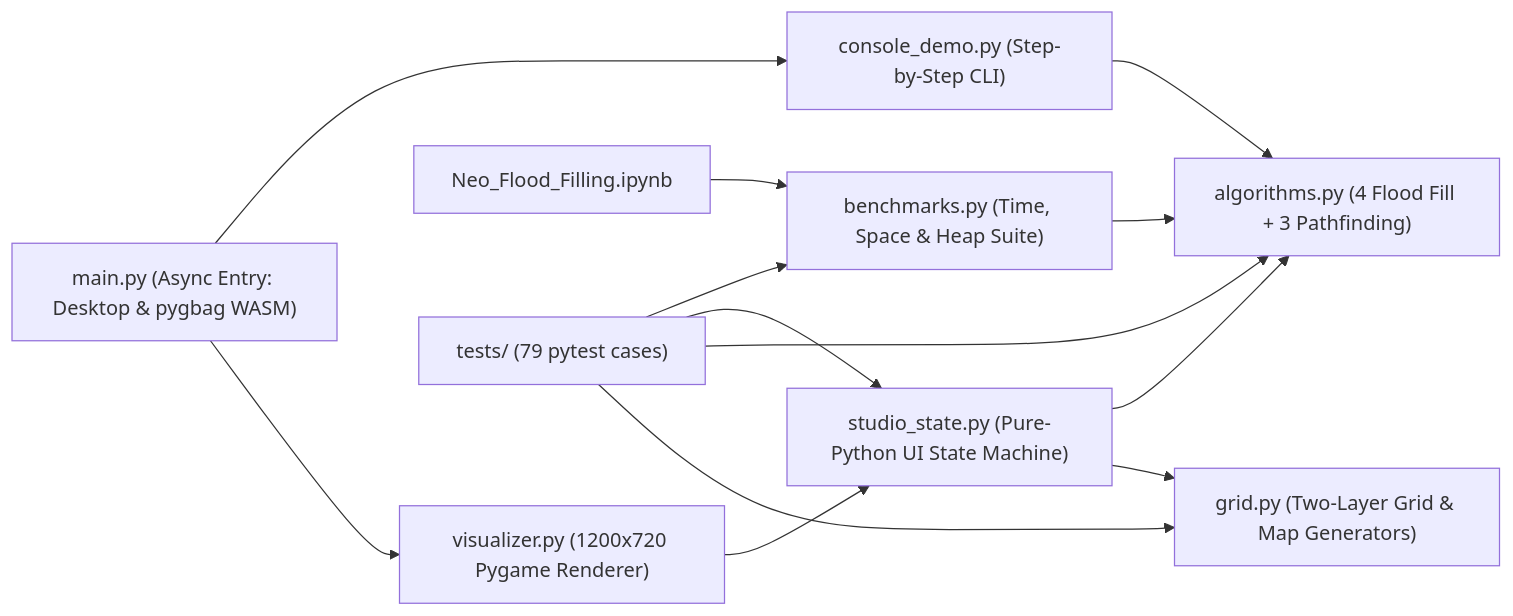
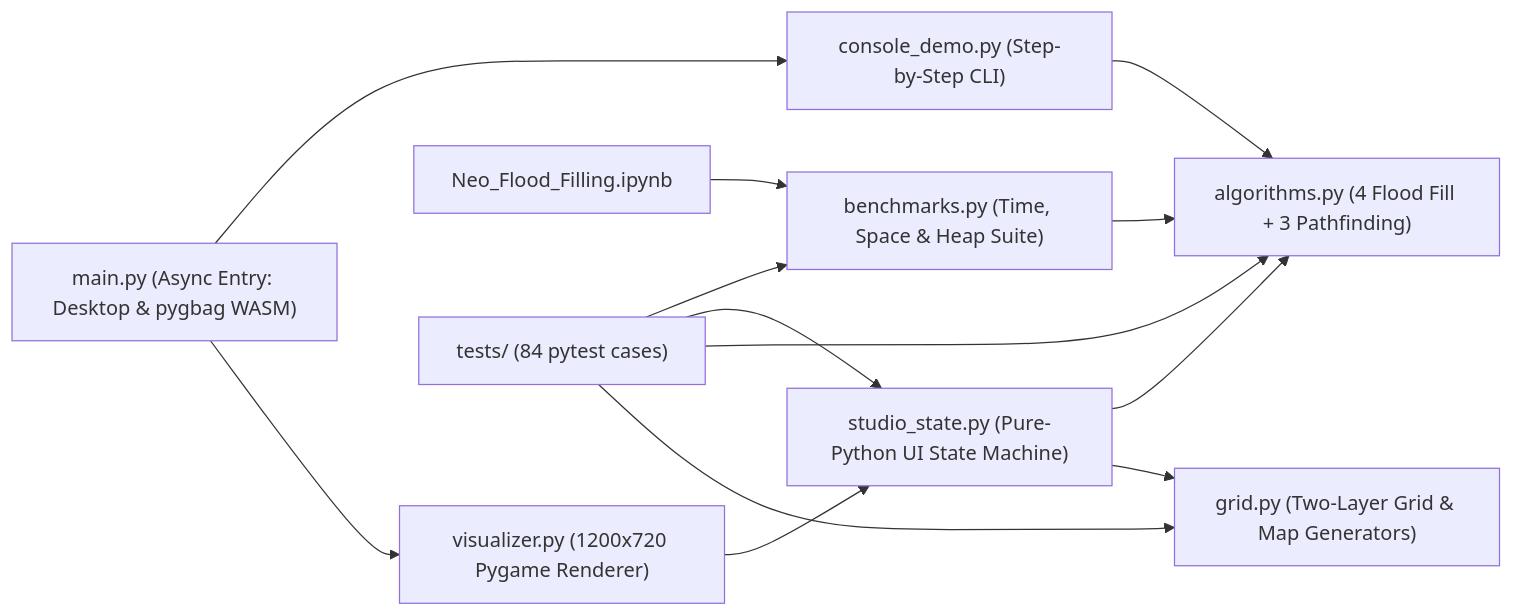
Before and after one commit to alejandronguyen1504/Neo-Flood-Filling-Game-: the diagram in README.md, drawn with Mermaid. The commit also changed other lines of this file and 14 other files, not shown here.

````diff
--- a/README.md
+++ b/README.md
@@ -48,15 +48,15 @@
 ```mermaid
 flowchart LR
     MAIN["main.py (Async Entry: Desktop & pygbag WASM)"] --> VIS["visualizer.py (1200x720 Pygame Renderer)"]
     MAIN --> CLI["console_demo.py (Step-by-Step CLI)"]
     VIS --> STATE["studio_state.py (Pure-Python UI State Machine)"]
     STATE --> GRID["grid.py (Two-Layer Grid & Map Generators)"]
     STATE --> ALGO["algorithms.py (4 Flood Fill + 3 Pathfinding)"]
     CLI --> ALGO
     NB["Neo_Flood_Filling.ipynb"] --> BENCH["benchmarks.py (Time, Space & Heap Suite)"]
     BENCH --> ALGO
-    TESTS["tests/ (79 pytest cases)"] --> GRID
+    TESTS["tests/ (84 pytest cases)"] --> GRID
     TESTS --> ALGO
     TESTS --> STATE
     TESTS --> BENCH
 ```
````
